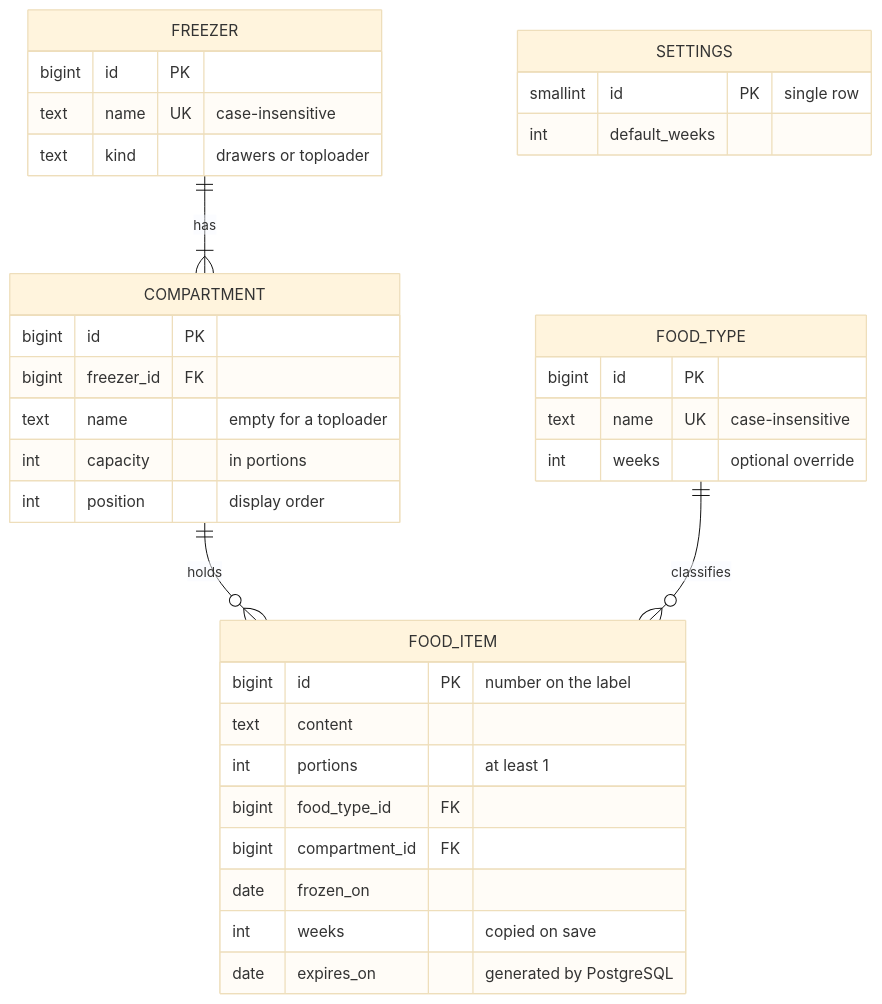
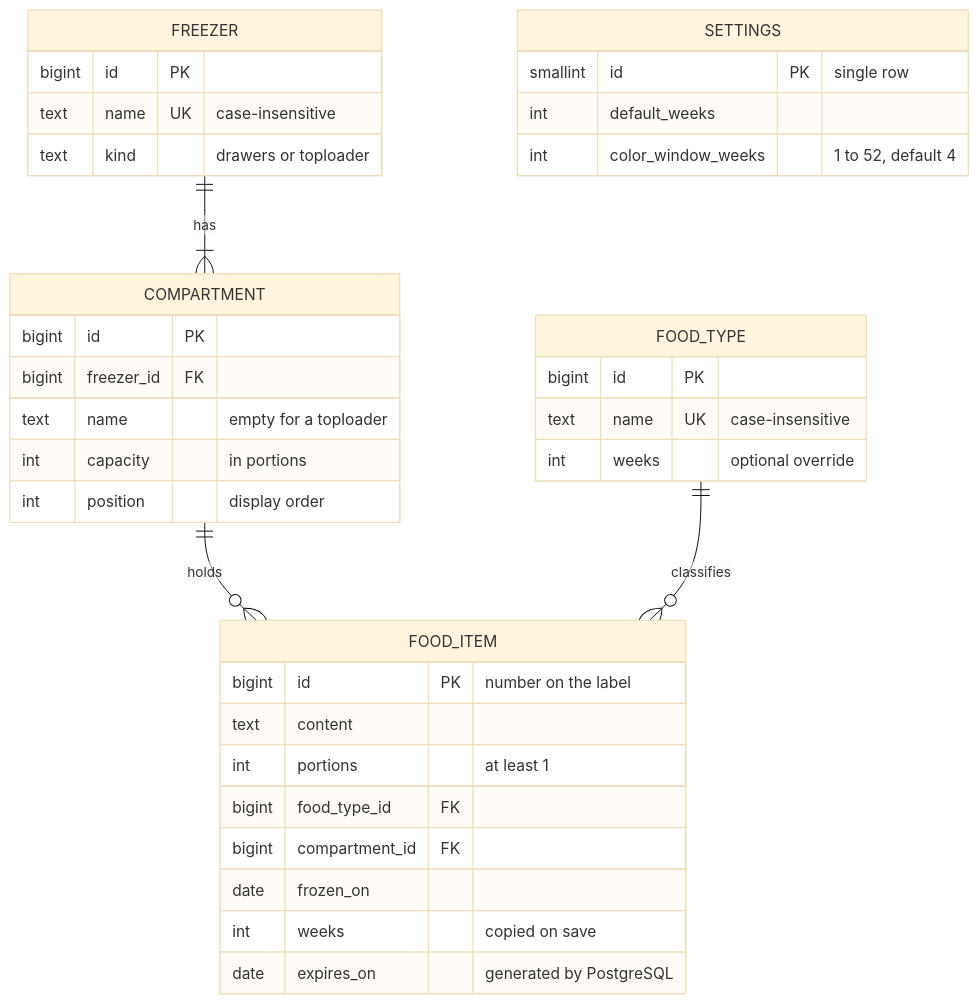
The diagram in PLAN.md (Poehee/FoodDate), drawn with Mermaid (base theme) before and after one commit. The commit also changed other lines of this file and 24 other files, not shown here.

````diff
--- a/PLAN.md
+++ b/PLAN.md
@@ -89,37 +111,38 @@
 ```mermaid
 erDiagram
     FREEZER ||--|{ COMPARTMENT : has
     COMPARTMENT ||--o{ FOOD_ITEM : holds
     FOOD_TYPE ||--o{ FOOD_ITEM : classifies
     SETTINGS {
         smallint id PK "single row"
         int default_weeks
+        int color_window_weeks "1 to 52, default 4"
     }
     FREEZER {
         bigint id PK
         text name UK "case-insensitive"
         text kind "drawers or toploader"
     }
     COMPARTMENT {
         bigint id PK
         bigint freezer_id FK
         text name "empty for a toploader"
         int capacity "in portions"
         int position "display order"
     }
     FOOD_TYPE {
         bigint id PK
         text name UK "case-insensitive"
         int weeks "optional override"
     }
     FOOD_ITEM {
         bigint id PK "number on the label"
         text content
         int portions "at least 1"
         bigint food_type_id FK
         bigint compartment_id FK
         date frozen_on
         int weeks "copied on save"
         date expires_on "generated by PostgreSQL"
     }
 ```
````
